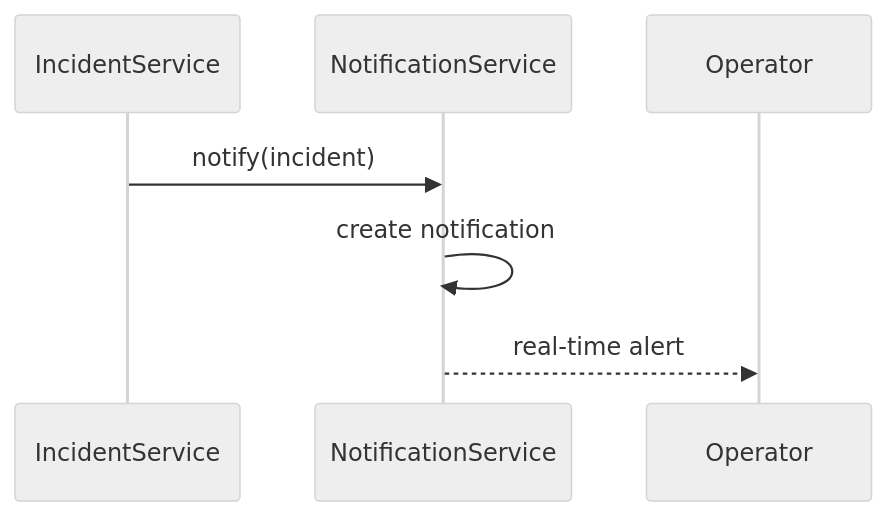
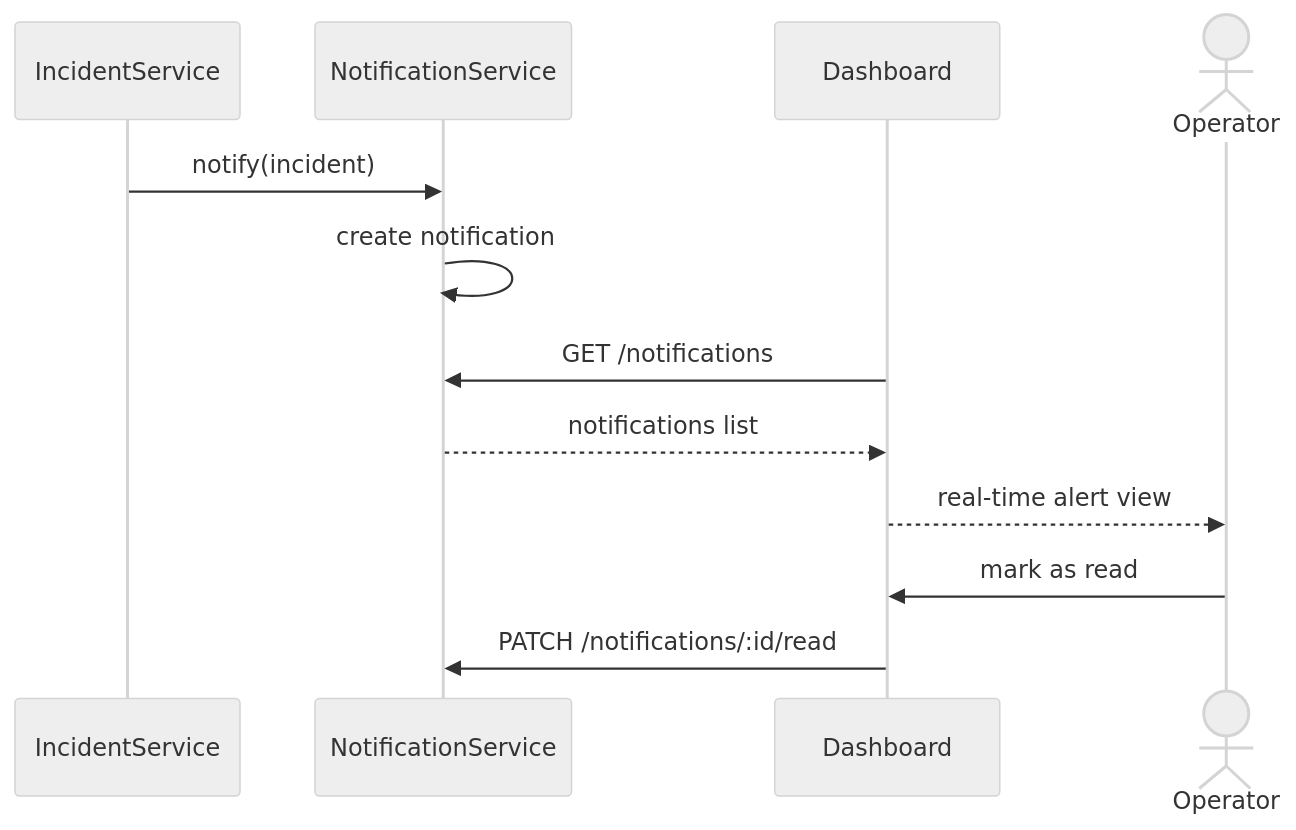
The fifth of 6 diagrams in docs/uml.md (rayen43500/Smart-Urban-Traffic-Management-Platform), drawn with Mermaid (neutral theme) before and after one commit. The commit also changed other lines of this file and 64 other files, not shown here.

````diff
--- a/docs/uml.md
+++ b/docs/uml.md
@@ -102,10 +158,15 @@
 ```mermaid
 sequenceDiagram
   participant IncidentService
   participant NotificationService
-  participant Operator
+  participant Dashboard
+  actor Operator
 
   IncidentService->>NotificationService: notify(incident)
   NotificationService->>NotificationService: create notification
-  NotificationService-->>Operator: real-time alert
+  Dashboard->>NotificationService: GET /notifications
+  NotificationService-->>Dashboard: notifications list
+  Dashboard-->>Operator: real-time alert view
+  Operator->>Dashboard: mark as read
+  Dashboard->>NotificationService: PATCH /notifications/:id/read
 ```
````
